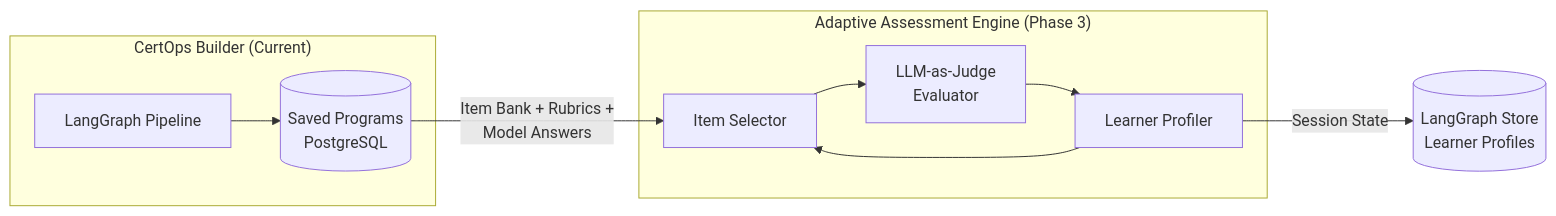
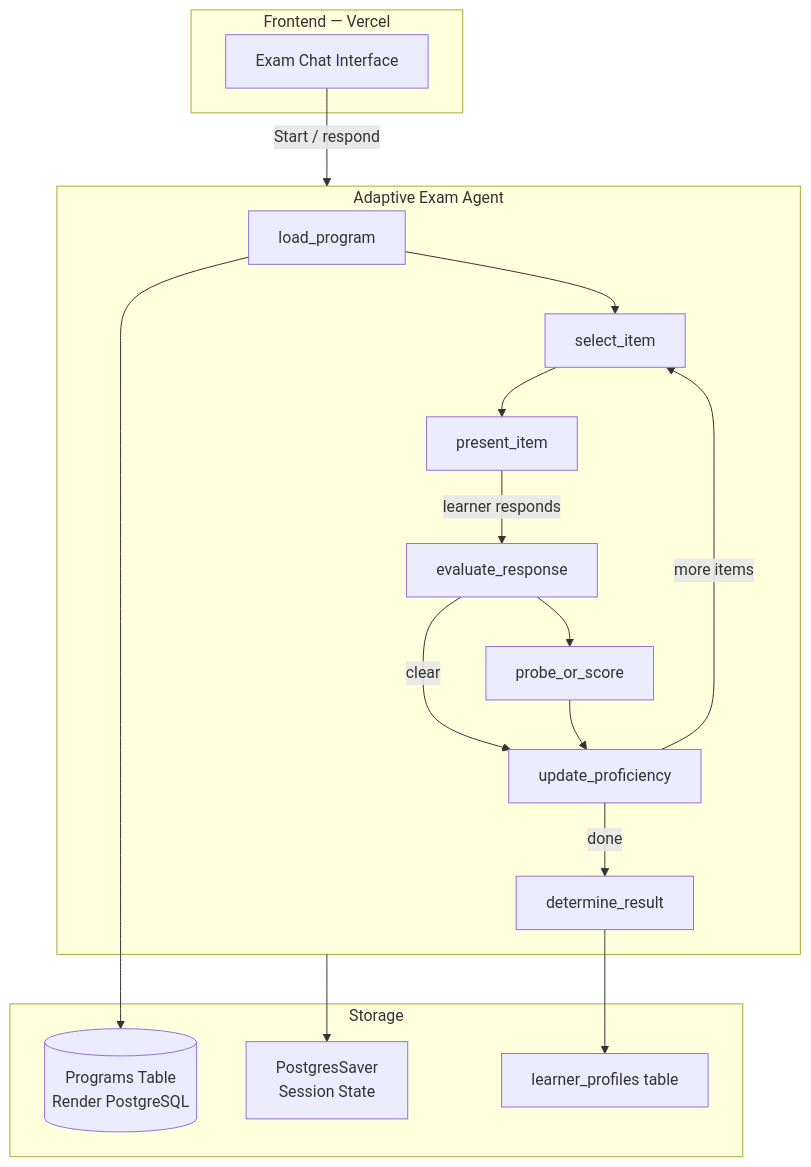
One commit to jmatamatics/CertOps changed the second of 2 diagrams in README.md. Above: the diagram before and after it, drawn with Mermaid. The commit also changed other lines of this file and 12 other files, not shown here.

First line of the commit message:
Add adaptive exam engine (Phase 3)

````diff
--- a/README.md
+++ b/README.md
@@ -280,18 +284,34 @@
 ```mermaid
-flowchart LR
-    subgraph CertOps ["CertOps Builder (Current)"]
-        Pipeline["LangGraph Pipeline"]
-        DB[("Saved Programs<br/>PostgreSQL")]
-        Pipeline --> DB
+flowchart TB
+    subgraph frontend ["Frontend — Vercel"]
+        ExamUI["Exam Chat Interface"]
     end
 
-    subgraph AdaptiveEngine ["Adaptive Assessment Engine (Phase 3)"]
-        Selector["Item Selector"]
-        Evaluator["LLM-as-Judge<br/>Evaluator"]
-        Profiler["Learner Profiler"]
-        Selector --> Evaluator --> Profiler --> Selector
+    subgraph examAgent ["Adaptive Exam Agent"]
+        LoadProgram["load_program"]
+        SelectItem["select_item"]
+        PresentItem["present_item"]
+        EvalResponse["evaluate_response"]
+        ProbeOrScore["probe_or_score"]
+        UpdateProf["update_proficiency"]
+        FinalResult["determine_result"]
     end
 
-    DB -->|"Item Bank + Rubrics +<br/>Model Answers"| Selector
-    Profiler -->|"Session State"| Store[("LangGraph Store<br/>Learner Profiles")]
+    subgraph storage ["Storage"]
+        Programs[("Programs Table<br/>Render PostgreSQL")]
+        Checkpointer["PostgresSaver<br/>Session State"]
+        Learners["learner_profiles table"]
+    end
+
+    ExamUI -->|"Start / respond"| examAgent
+    LoadProgram --> Programs
+    EvalResponse --> ProbeOrScore
+    examAgent --> Checkpointer
+    FinalResult --> Learners
+    LoadProgram --> SelectItem --> PresentItem
+    PresentItem -->|"learner responds"| EvalResponse
+    EvalResponse -->|"clear"| UpdateProf
+    ProbeOrScore --> UpdateProf
+    UpdateProf -->|"more items"| SelectItem
+    UpdateProf -->|"done"| FinalResult
 ```
````
